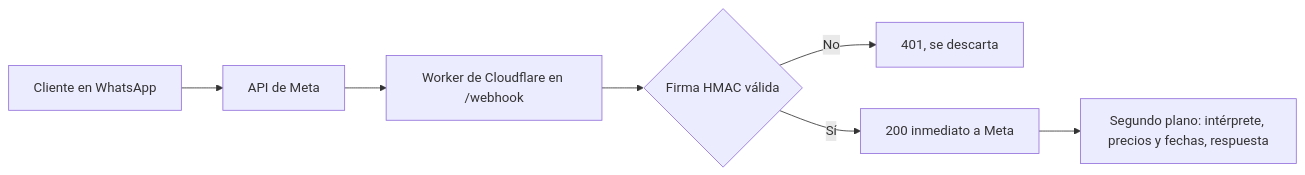
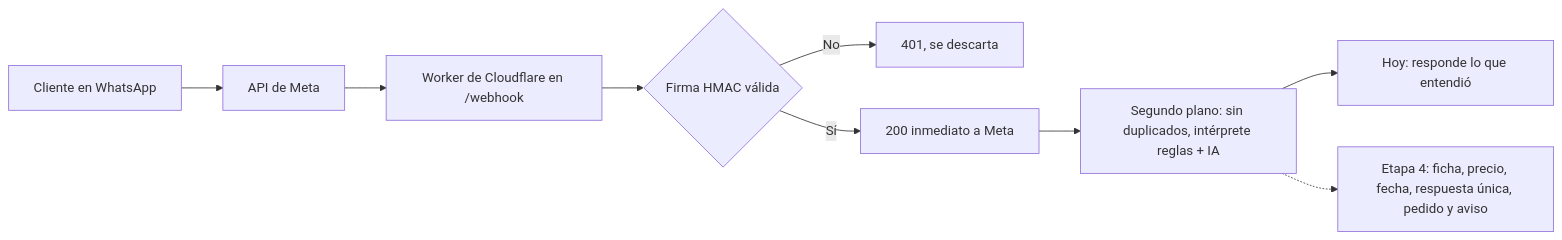
Before and after one commit to francorodriguezt/Brunen-chatbot: the diagram in README.md, drawn with Mermaid. The commit also changed other lines of this file and 5 other files, not shown here.

````diff
--- a/README.md
+++ b/README.md
@@ -24,9 +27,11 @@
 ```mermaid
 flowchart LR
   A[Cliente en WhatsApp] --> B[API de Meta]
   B --> C[Worker de Cloudflare en /webhook]
   C --> D{Firma HMAC válida}
   D -- No --> E[401, se descarta]
   D -- Sí --> F[200 inmediato a Meta]
-  F --> G[Segundo plano: intérprete, precios y fechas, respuesta]
+  F --> G[Segundo plano: sin duplicados, intérprete reglas + IA]
+  G --> H[Hoy: responde lo que entendió]
+  G -.-> I[Etapa 4: ficha, precio, fecha, respuesta única, pedido y aviso]
 ```
````
